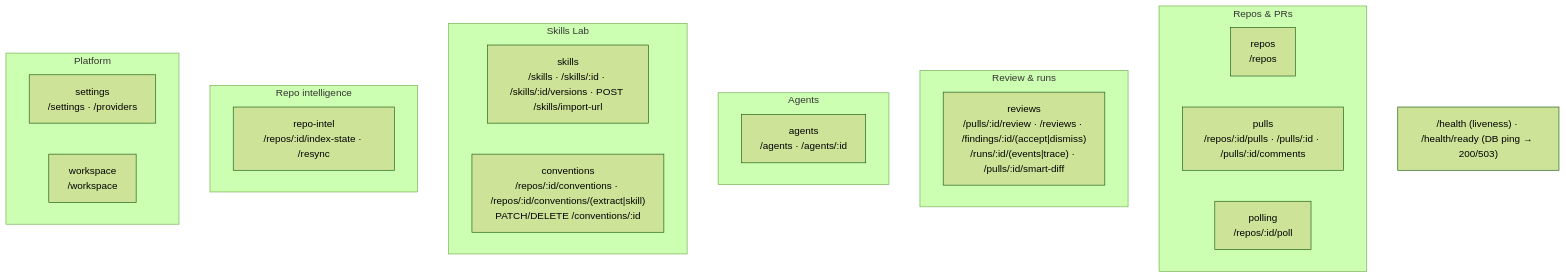
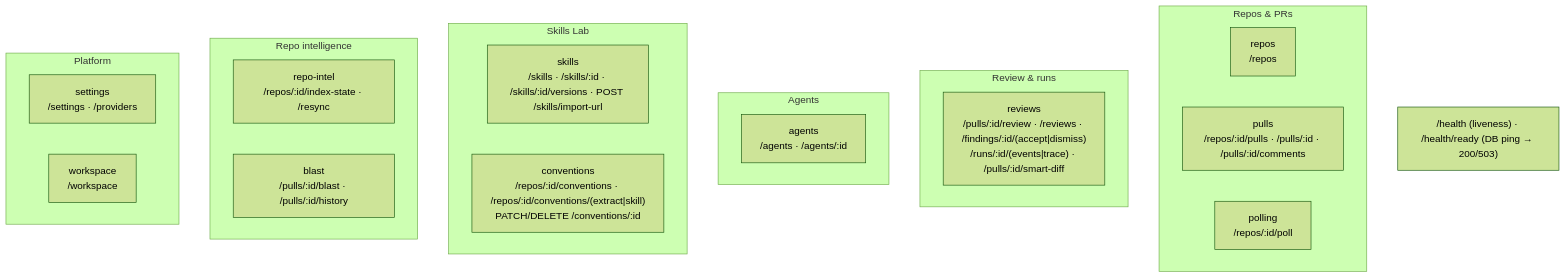
One commit to neronasee/dev-digest changed the second of 2 diagrams in server/README.md. Above: the diagram before and after it, drawn with Mermaid (forest theme). The commit also changed 59 other files, not shown here.

````diff
--- a/server/README.md
+++ b/server/README.md
@@ -64,26 +64,27 @@
 ```mermaid
 flowchart TB
   subgraph Repos_PRs["Repos & PRs"]
     repos["repos<br/>/repos"]
     pulls["pulls<br/>/repos/:id/pulls · /pulls/:id · /pulls/:id/comments"]
     polling["polling<br/>/repos/:id/poll"]
   end
   subgraph Review["Review & runs"]
     reviews["reviews<br/>/pulls/:id/review · /reviews · /findings/:id/(accept|dismiss)<br/>/runs/:id/(events|trace) · /pulls/:id/smart-diff"]
   end
   subgraph Agents["Agents"]
     agents["agents<br/>/agents · /agents/:id"]
   end
   subgraph SkillsLab["Skills Lab"]
     skills["skills<br/>/skills · /skills/:id · /skills/:id/versions · POST /skills/import-url"]
     conventions["conventions<br/>/repos/:id/conventions · /repos/:id/conventions/(extract|skill)<br/>PATCH/DELETE /conventions/:id"]
   end
   subgraph Intel["Repo intelligence"]
     repoIntel["repo-intel<br/>/repos/:id/index-state · /resync"]
+    blast["blast<br/>/pulls/:id/blast · /pulls/:id/history"]
   end
   subgraph Platform["Platform"]
     settings["settings<br/>/settings · /providers"]
     workspace["workspace<br/>/workspace"]
   end
   HEALTH["/health (liveness) · /health/ready (DB ping → 200/503)"]
 ```
````
